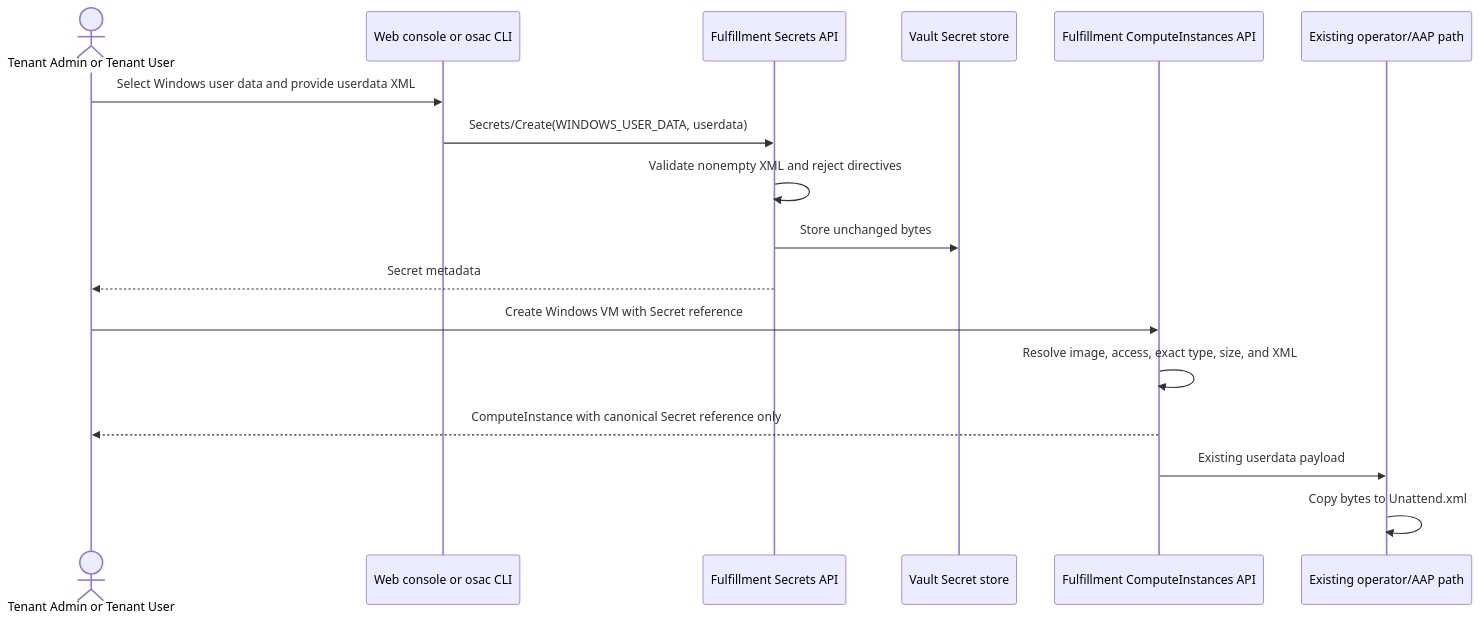
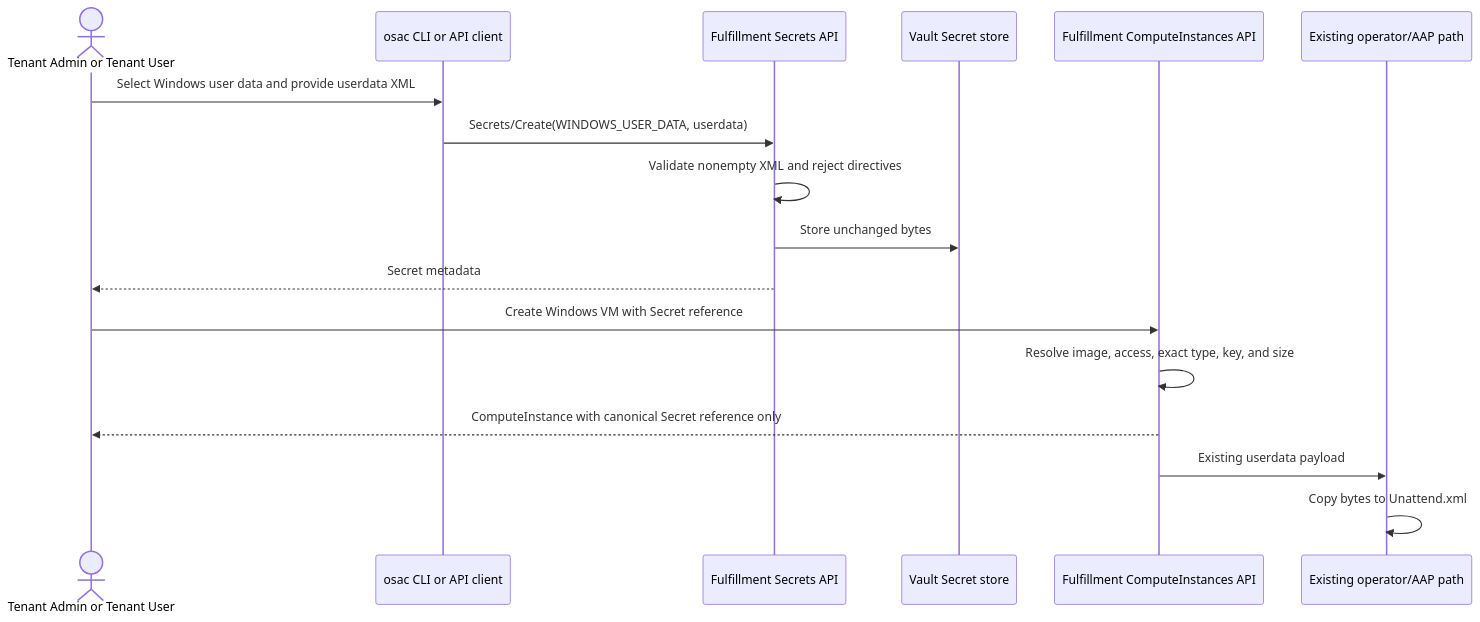
The diagram in enhancements/OSAC-6781-windows-user-data-secret-type/design.md (osac-project/enhancement-proposals), drawn with Mermaid before and after one commit. The commit also changed other lines of this file and 1 other file, not shown here.

First line of the commit message:
OSAC-6781: address design review feedback

````diff
--- a/enhancements/OSAC-6781-windows-user-data-secret-type/design.md
+++ b/enhancements/OSAC-6781-windows-user-data-secret-type/design.md
@@ -103,20 +101,20 @@
 ```mermaid
 sequenceDiagram
     actor Tenant as Tenant Admin or Tenant User
-    participant UI as Web console or osac CLI
+    participant Client as osac CLI or API client
     participant API as Fulfillment Secrets API
     participant Vault as Vault Secret store
     participant VM as Fulfillment ComputeInstances API
     participant AAP as Existing operator/AAP path
 
-    Tenant->>UI: Select Windows user data and provide userdata XML
-    UI->>API: Secrets/Create(WINDOWS_USER_DATA, userdata)
+    Tenant->>Client: Select Windows user data and provide userdata XML
+    Client->>API: Secrets/Create(WINDOWS_USER_DATA, userdata)
     API->>API: Validate nonempty XML and reject directives
     API->>Vault: Store unchanged bytes
     API-->>Tenant: Secret metadata
     Tenant->>VM: Create Windows VM with Secret reference
-    VM->>VM: Resolve image, access, exact type, size, and XML
+    VM->>VM: Resolve image, access, exact type, key, and size
     VM-->>Tenant: ComputeInstance with canonical Secret reference only
     VM->>AAP: Existing userdata payload
     AAP->>AAP: Copy bytes to Unattend.xml
 ```
````
